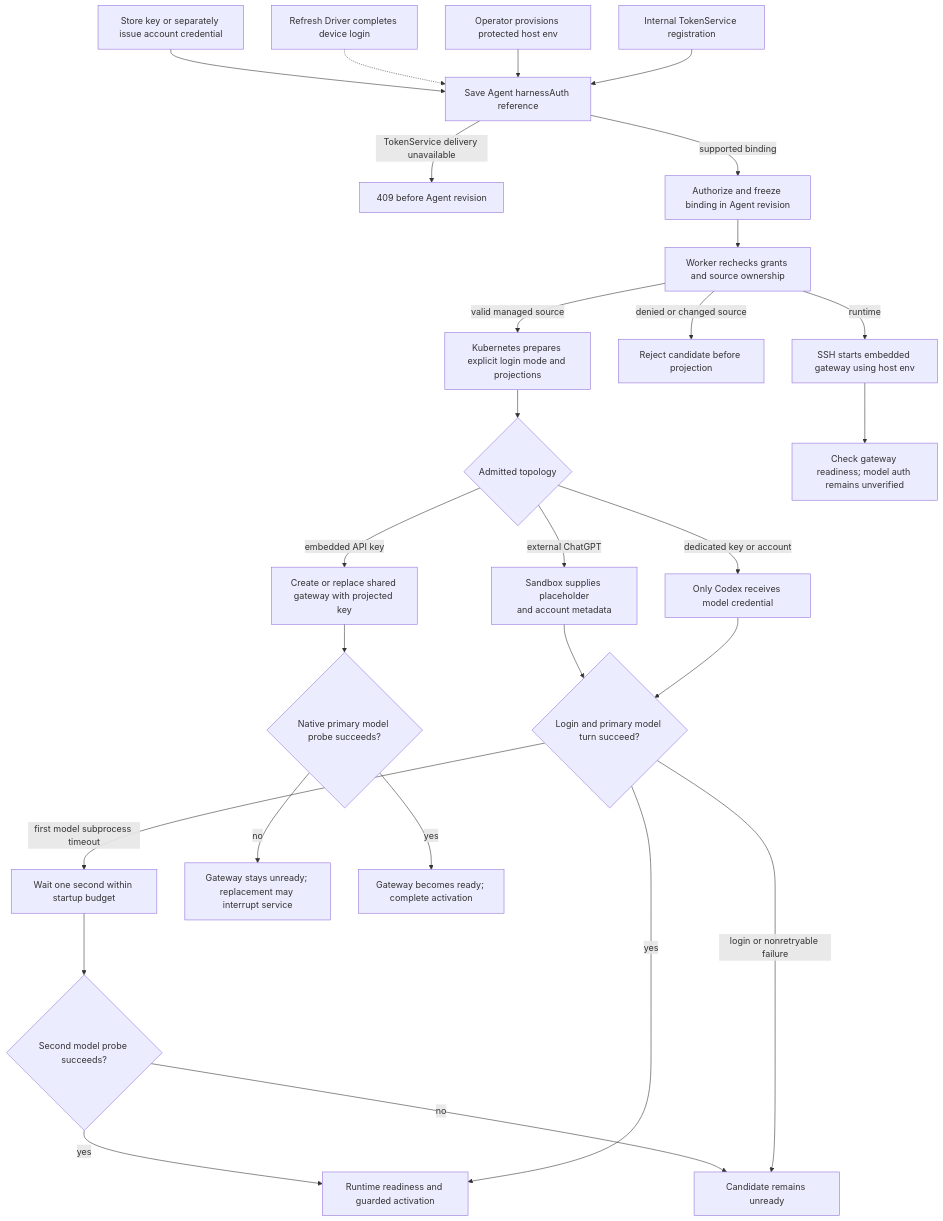
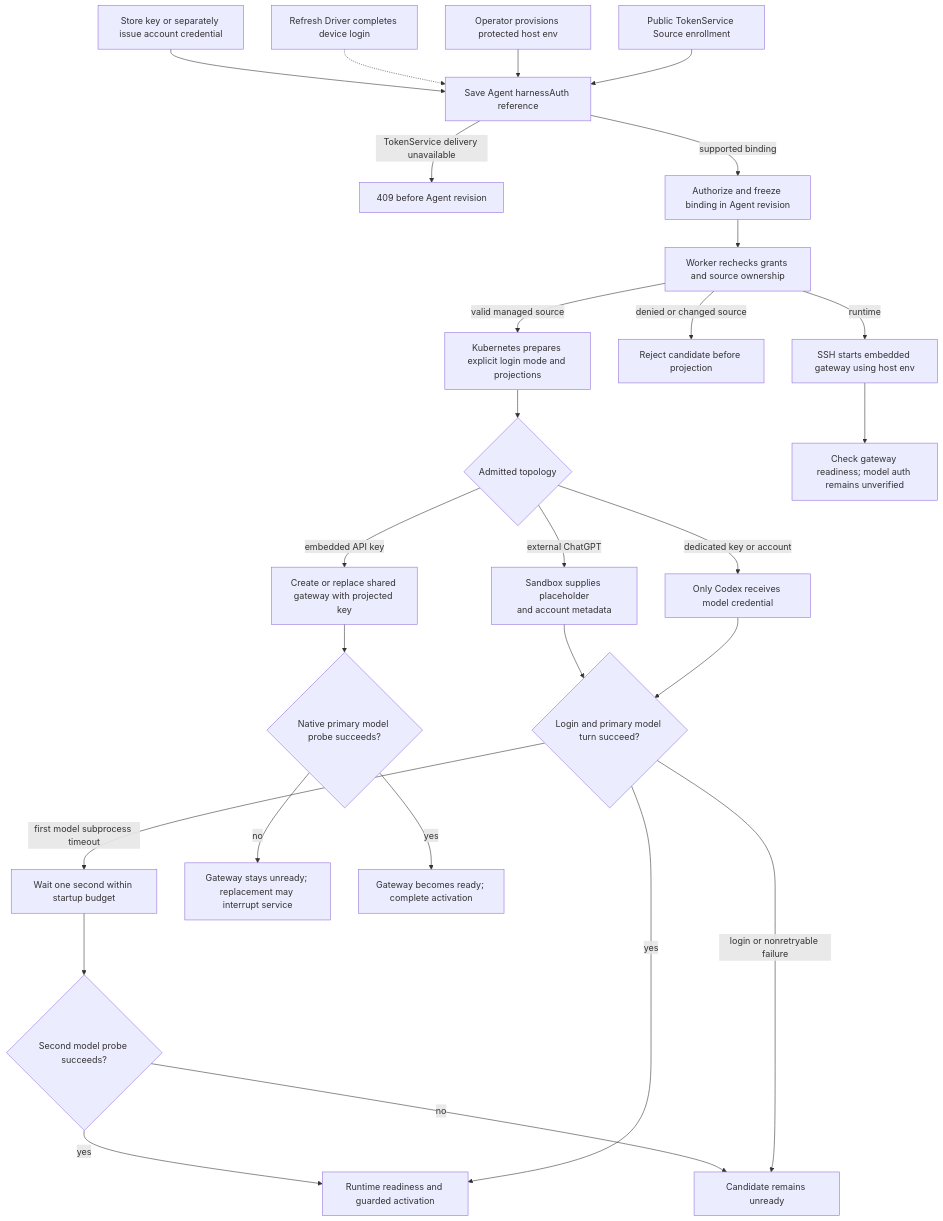
One commit to openclaw/openclaw-enterprise changed the diagram in docs/flows/native-service-account-credential-delivery.md. Above: the diagram before and after it, drawn with Mermaid. The commit also changed other lines of this file and 14 other files, not shown here.

Commit message:
Implement managed static Source enrollment and retirement

````diff
--- a/docs/flows/native-service-account-credential-delivery.md
+++ b/docs/flows/native-service-account-credential-delivery.md
@@ -31,29 +31,29 @@
 ```mermaid
 graph TD
   A["Store key or separately issue account credential"] --> B["Save Agent harnessAuth reference"]
   DA["Refresh Driver completes device login"] -.-> B
   G -->|external ChatGPT| OA["Sandbox supplies placeholder<br/>and account metadata"]
   OA --> J
   R["Operator provisions protected host env"] --> B
   D -->|runtime| S["SSH starts embedded gateway using host env"]
   S --> T["Check gateway readiness; model auth remains unverified"]
-  TS["Internal TokenService registration"] --> B
+  TS["Public TokenService Source enrollment"] --> B
   B -->|TokenService delivery unavailable| TSX["409 before Agent revision"]
   B -->|supported binding| C["Authorize and freeze binding in Agent revision"]
   C --> D["Worker rechecks grants and source ownership"]
   D -->|denied or changed source| E["Reject candidate before projection"]
   D -->|valid managed source| F["Kubernetes prepares explicit login mode and projections"]
   F --> G{"Admitted topology"}
   G -->|embedded API key| H["Create or replace shared gateway with projected key"]
   G -->|dedicated key or account| I["Only Codex receives model credential"]
   I --> J{"Login and primary model turn succeed?"}
   J -->|first model subprocess timeout| P["Wait one second within startup budget"]
   P --> Q{"Second model probe succeeds?"}
   Q -->|yes| L
   Q -->|no| K["Candidate remains unready"]
   J -->|login or nonretryable failure| K
   J -->|yes| L["Runtime readiness and guarded activation"]
   H --> M{"Native primary model probe succeeds?"}
   M -->|no| N["Gateway stays unready; replacement may interrupt service"]
   M -->|yes| O["Gateway becomes ready; complete activation"]
 ```
````
